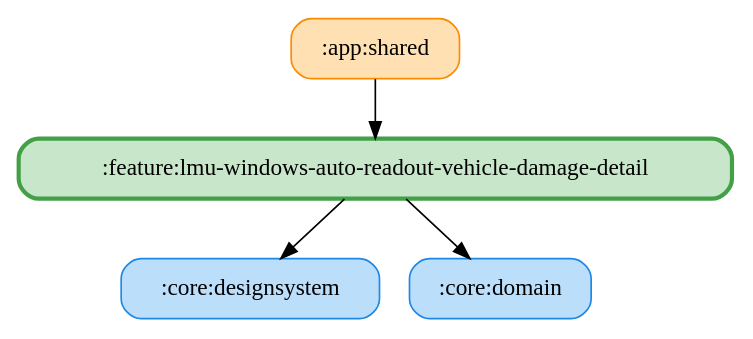
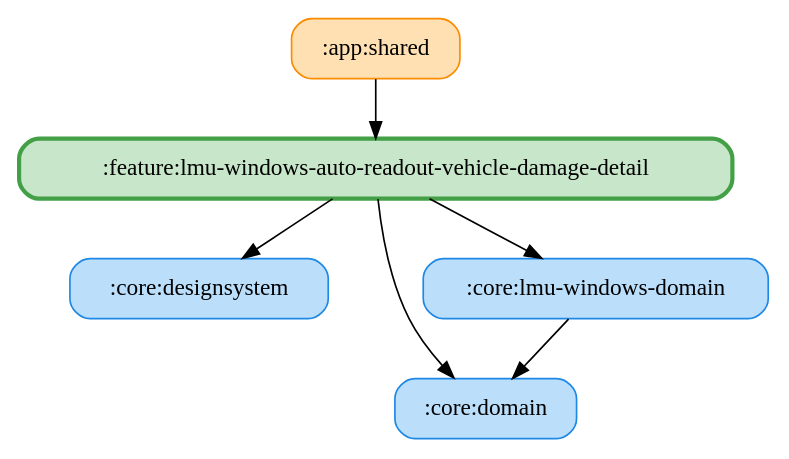
Before and after one commit to ai-kurou/KoDriver: the diagram in docs/graphs/feature-lmu-windows-auto-readout-vehicle-damage-detail.gv, drawn with Graphviz. The commit also changed 46 other files, not shown here.

Commit message:
chore: update module graph images

```diff
--- a/docs/graphs/feature-lmu-windows-auto-readout-vehicle-damage-detail.gv
+++ b/docs/graphs/feature-lmu-windows-auto-readout-vehicle-damage-detail.gv
@@ -1,11 +1,14 @@
 digraph G {
   rankdir=TB
   node [shape=box, style="rounded,filled"]
   ":app:shared" [fillcolor="#FFE0B2", color="#FB8C00", penwidth=1]
   ":core:designsystem" [fillcolor="#BBDEFB", color="#1E88E5", penwidth=1]
   ":core:domain" [fillcolor="#BBDEFB", color="#1E88E5", penwidth=1]
+  ":core:lmu-windows-domain" [fillcolor="#BBDEFB", color="#1E88E5", penwidth=1]
   ":feature:lmu-windows-auto-readout-vehicle-damage-detail" [fillcolor="#C8E6C9", color="#43A047", penwidth=2.5]
   ":app:shared" -> ":feature:lmu-windows-auto-readout-vehicle-damage-detail"
+  ":core:lmu-windows-domain" -> ":core:domain"
   ":feature:lmu-windows-auto-readout-vehicle-damage-detail" -> ":core:domain"
+  ":feature:lmu-windows-auto-readout-vehicle-damage-detail" -> ":core:lmu-windows-domain"
   ":feature:lmu-windows-auto-readout-vehicle-damage-detail" -> ":core:designsystem"
 }
```
